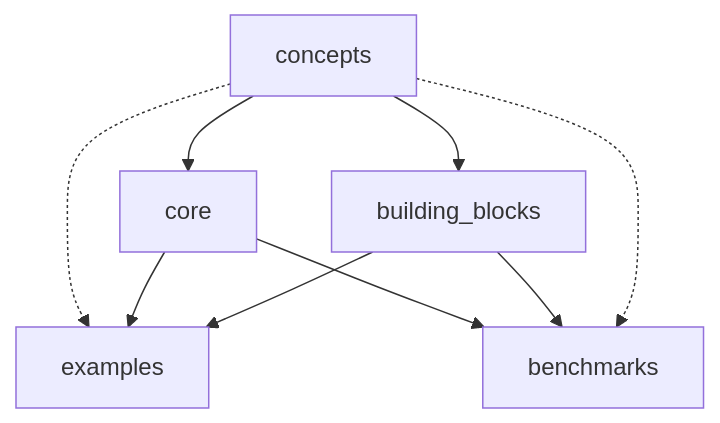
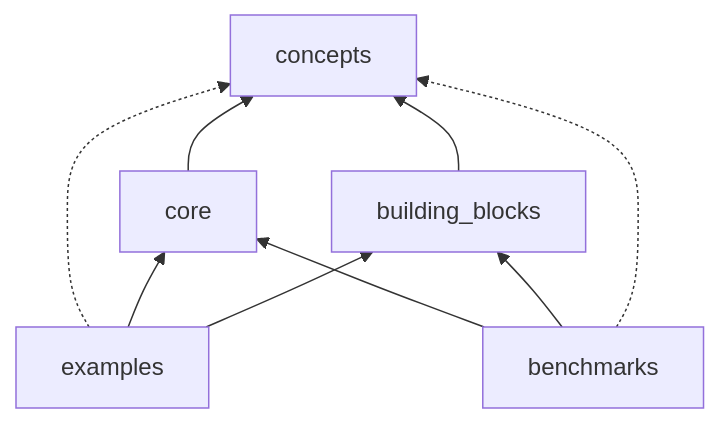
Before and after one commit to jonaspleyer/cellular_raza-homepage: the first of 2 diagrams in content/internals/code-structure/_index.md, drawn with Mermaid. The commit also changed other lines of this file, not shown here.

Commit message:
reorganize mermaid graph such that arrows are pointing onto dependencies

````diff
--- a/content/internals/code-structure/_index.md
+++ b/content/internals/code-structure/_index.md
@@ -16,11 +16,11 @@
 ```mermaid
-graph TB
-    concepts --> core
-    concepts --> building_blocks
-    concepts -.-> examples
-    core --> examples
-    core --> benchmarks
-    building_blocks --> examples
-    building_blocks --> benchmarks
-    concepts -.-> benchmarks
+graph BT
+    examples -.-> concepts
+    examples --> core
+    examples --> building_blocks
+    benchmarks --> core
+    benchmarks --> building_blocks
+    benchmarks -.-> concepts
+    core --> concepts
+    building_blocks --> concepts
 ```
````
